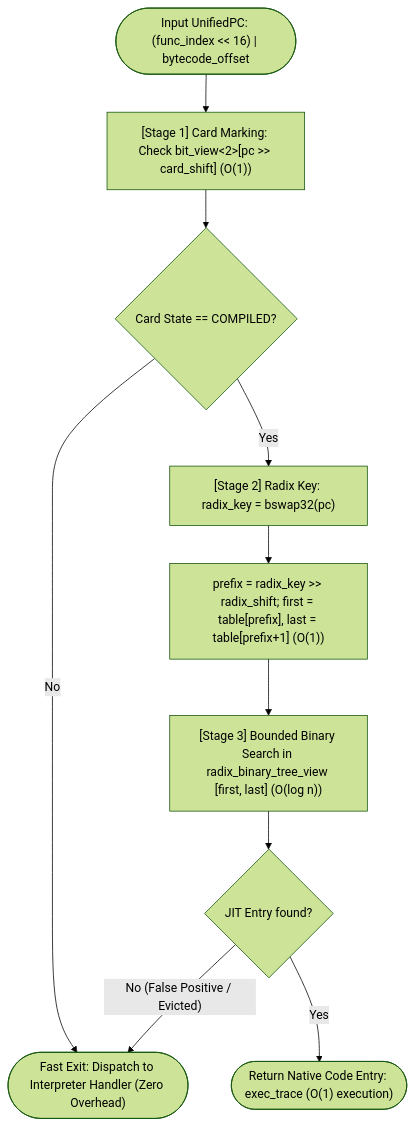
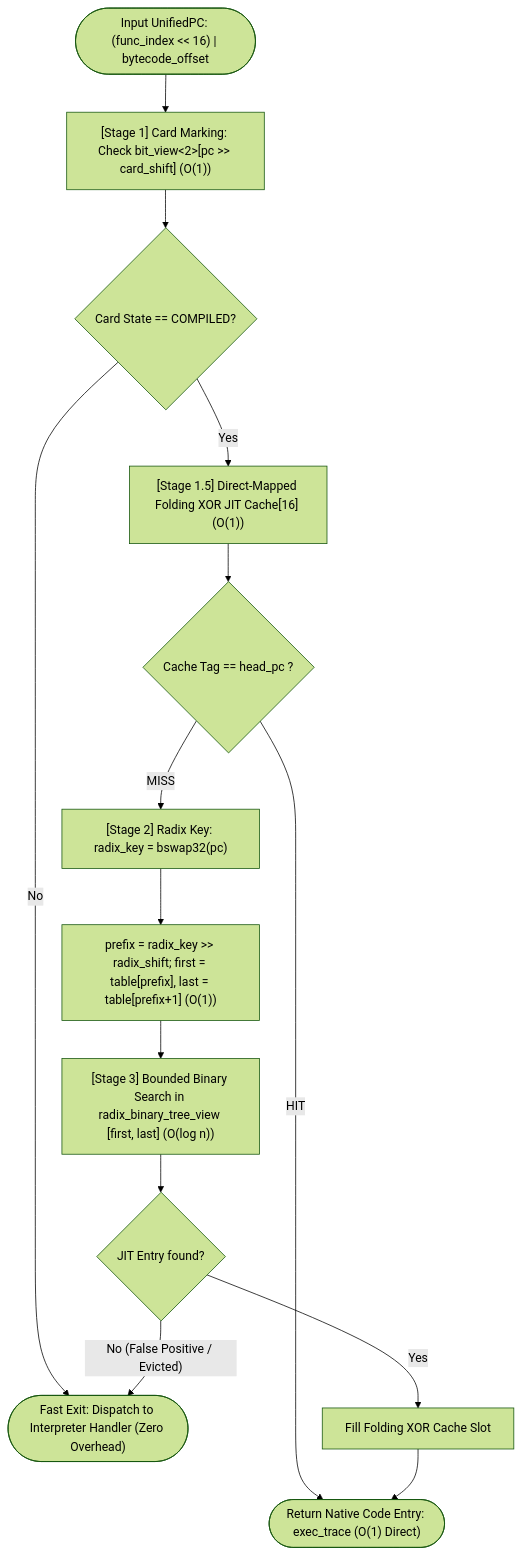
One commit to kmt-t/fireball changed the second of 4 diagrams in docs/components/tier3_jit/jit_runtime.md. Above: the diagram before and after it, drawn with Mermaid (forest theme). The commit also changed other lines of this file and 27 other files, not shown here.

````diff
--- a/docs/components/tier3_jit/jit_runtime.md
+++ b/docs/components/tier3_jit/jit_runtime.md
@@ -83,15 +87,19 @@
 ```mermaid
 flowchart TD
     Start(["Input UnifiedPC: (func_index << 16) | bytecode_offset"]) --> Stage1["[Stage 1] Card Marking: Check bit_view<2>[pc >> card_shift] (O(1))"]
     Stage1 --> CheckCompiled{"Card State == COMPILED?"}
 
     CheckCompiled -- "No" --> ExitInterp(["Fast Exit: Dispatch to Interpreter Handler (Zero Overhead)"])
-    CheckCompiled -- "Yes" --> Stage2["[Stage 2] Radix Key: radix_key = bswap32(pc)"]
+    CheckCompiled -- "Yes" --> StageFast["[Stage 1.5] Direct-Mapped Folding XOR JIT Cache[16] (O(1))"]
 
+    StageFast --> FastHit{"Cache Tag == head_pc ?"}
+    FastHit -- "HIT" --> ReturnTrace(["Return Native Code Entry: exec_trace (O(1) Direct)"])
+
+    FastHit -- "MISS" --> Stage2["[Stage 2] Radix Key: radix_key = bswap32(pc)"]
     Stage2 --> LookupRadix["prefix = radix_key >> radix_shift; first = table[prefix], last = table[prefix+1] (O(1))"]
     LookupRadix --> Stage3["[Stage 3] Bounded Binary Search in radix_binary_tree_view [first, last] (O(log n))"]
 
     Stage3 --> Hit{"JIT Entry found?"}
-    Hit -- "Yes" --> ReturnTrace(["Return Native Code Entry: exec_trace (O(1) execution)"])
+    Hit -- "Yes" --> FillSlot["Fill Folding XOR Cache Slot"] --> ReturnTrace
     Hit -- "No (False Positive / Evicted)" --> ExitInterp
 ```
````
